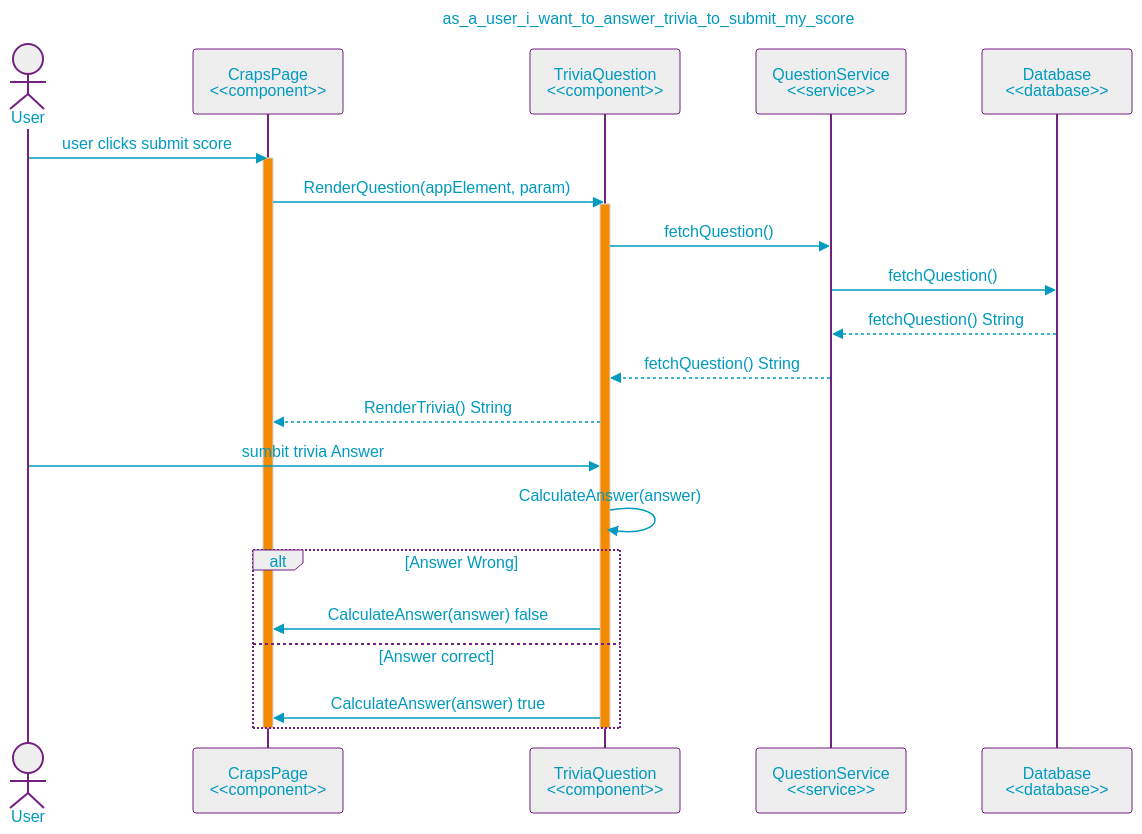
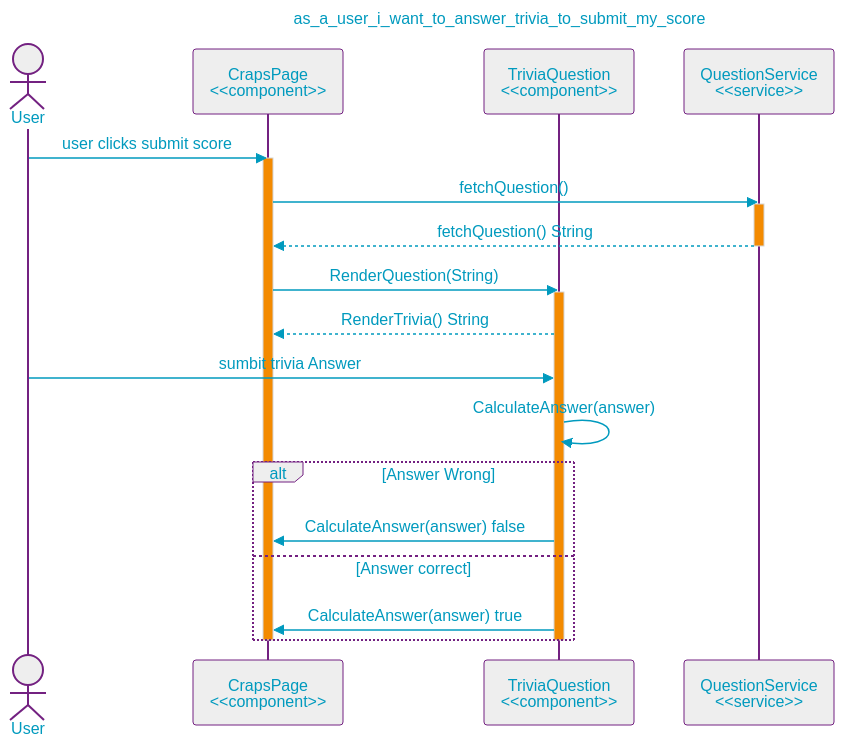
Before and after one commit to null-0ne/COSA-195-Gamehub: the diagram in uml/seq-story11.md, drawn with Mermaid. The commit also changed 5 other files, not shown here.

````diff
--- a/uml/seq-story11.md
+++ b/uml/seq-story11.md
@@ -3,39 +3,37 @@
 ```mermaid
 %%{init:{"securityLevel":"loose","layout":"elk","elk":{"nodePlacementStrategy":"NETWORK_SIMPLEX"},"theme":"base",
 "themeVariables":{"primaryColor":"#EEE","primaryTextColor":"#009ABE","primaryBorderColor":"#732181","lineColor":"#009ABE","noteBorderColor":"#732181","noteBkgColor":"#F38A00","activationBkgColor":"#F38A00"    }
 }}%%
 %%----------------------- MERMAID MARKUP BELOW --------------------%%
 
 
 sequenceDiagram
 title: as_a_user_i_want_to_answer_trivia_to_submit_my_score
 
     actor u as User
     participant g as CrapsPage<br><<component>>
     participant t as TriviaQuestion<br><<component>>
     participant qs as QuestionService<br><<service>>
-    participant d as Database<br><<database>>
 
     u->>g: user clicks submit score
     activate g
-    g->>t: RenderQuestion(appElement, param)
+    g->>qs: fetchQuestion()
+    activate qs
+    qs-->>g: fetchQuestion() String
+    deactivate qs
+    g ->>t: RenderQuestion(String)
     activate t
-    t->>qs: fetchQuestion()
-    qs->>d: fetchQuestion()
-    d-->>qs: fetchQuestion() String
-    qs -->>t: fetchQuestion() String
+
     t-->>g: RenderTrivia() String
     u->>t: sumbit trivia Answer
     t->>t: CalculateAnswer(answer)
     alt Answer Wrong
         t->>g: CalculateAnswer(answer) false
         else Answer correct
         t->>g: CalculateAnswer(answer) true
     end
     deactivate t
     deactivate g
 
-
-
 %%----------------------- MERMAID MARKUP ABOVE --------------------%%
 ```
````
